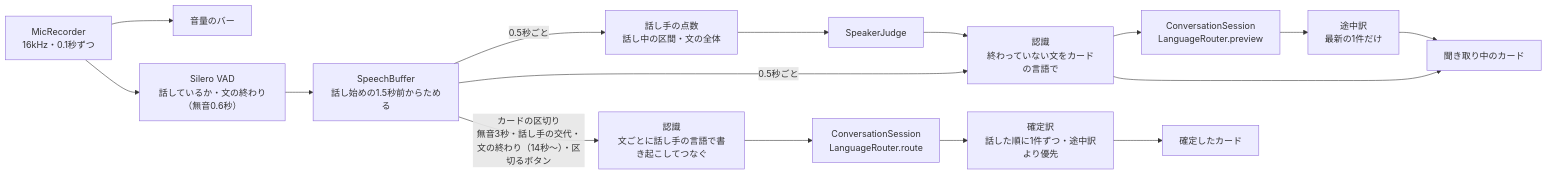
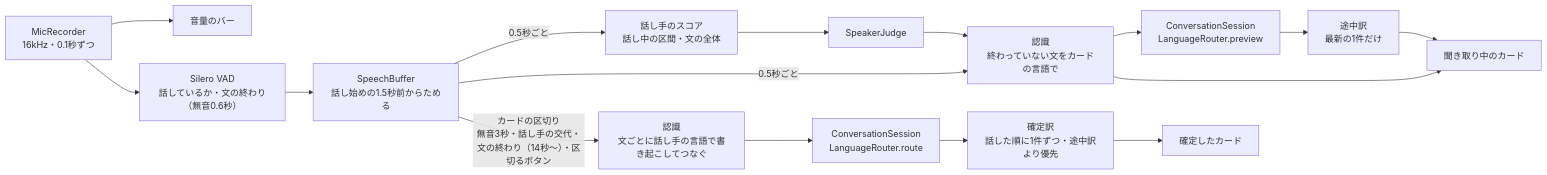
The diagram in docs/設計/会話翻訳.md (kagerouttepaso/PlamoTranslate), drawn with Mermaid before and after one commit. The commit also changed other lines of this file and 57 other files, not shown here.

````diff
--- a/docs/設計/会話翻訳.md
+++ b/docs/設計/会話翻訳.md
@@ -9,15 +9,15 @@
 ```mermaid
 flowchart LR
   MIC["MicRecorder<br>16kHz・0.1秒ずつ"] --> LV["音量のバー"]
   MIC --> VAD["Silero VAD<br>話しているか・文の終わり（無音0.6秒）"]
   VAD --> BUF["SpeechBuffer<br>話し始めの1.5秒前からためる"]
-  BUF -->|"0.5秒ごと"| ID["話し手の点数<br>話し中の区間・文の全体"] --> JD["SpeakerJudge"]
+  BUF -->|"0.5秒ごと"| ID["話し手のスコア<br>話し中の区間・文の全体"] --> JD["SpeakerJudge"]
   JD --> PT
   BUF -->|0.5秒ごと| PT["認識<br>終わっていない文をカードの言語で"]
   PT --> PRV["ConversationSession<br>LanguageRouter.preview"] --> PTR["途中訳<br>最新の1件だけ"]
   PT --> LIVE["聞き取り中のカード"]
   PTR --> LIVE
   BUF -->|"カードの区切り<br>無音3秒・話し手の交代・文の終わり（14秒〜）・区切るボタン"| SV["認識<br>文ごとに話し手の言語で書き起こしてつなぐ"]
   SV --> RT["ConversationSession<br>LanguageRouter.route"] --> TR["確定訳<br>話した順に1件ずつ・途中訳より優先"]
   TR --> CARD["確定したカード"]
 ```
````
